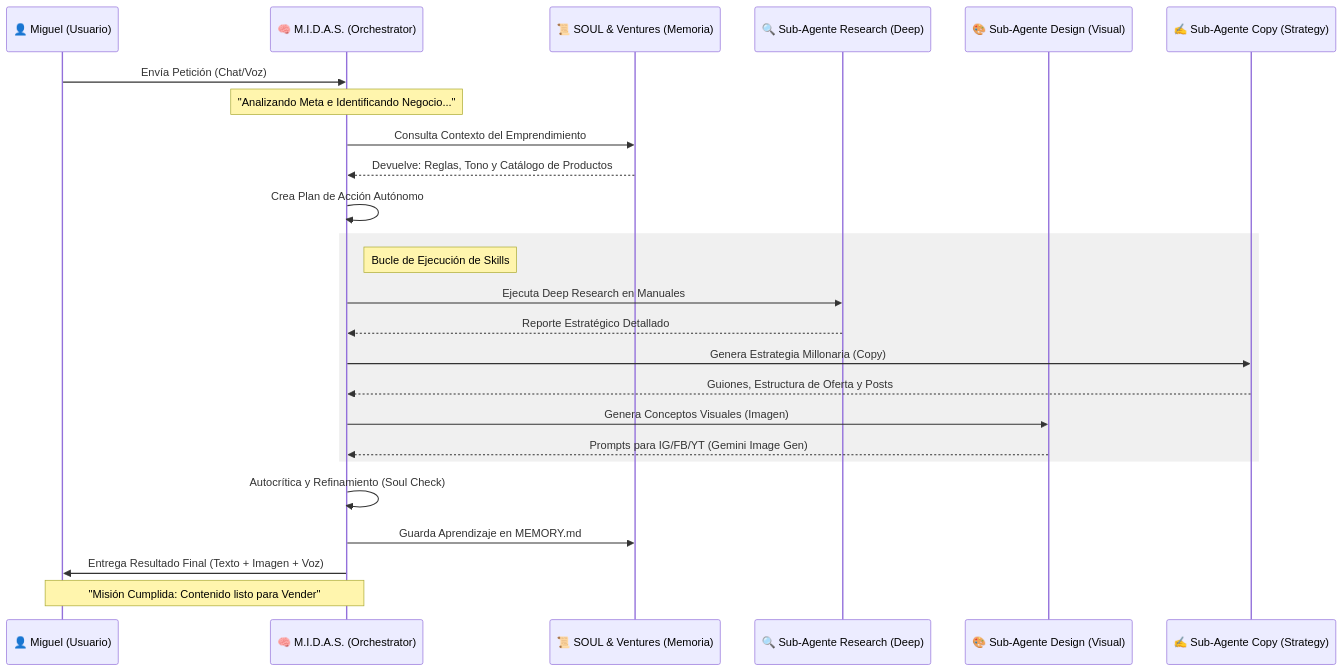
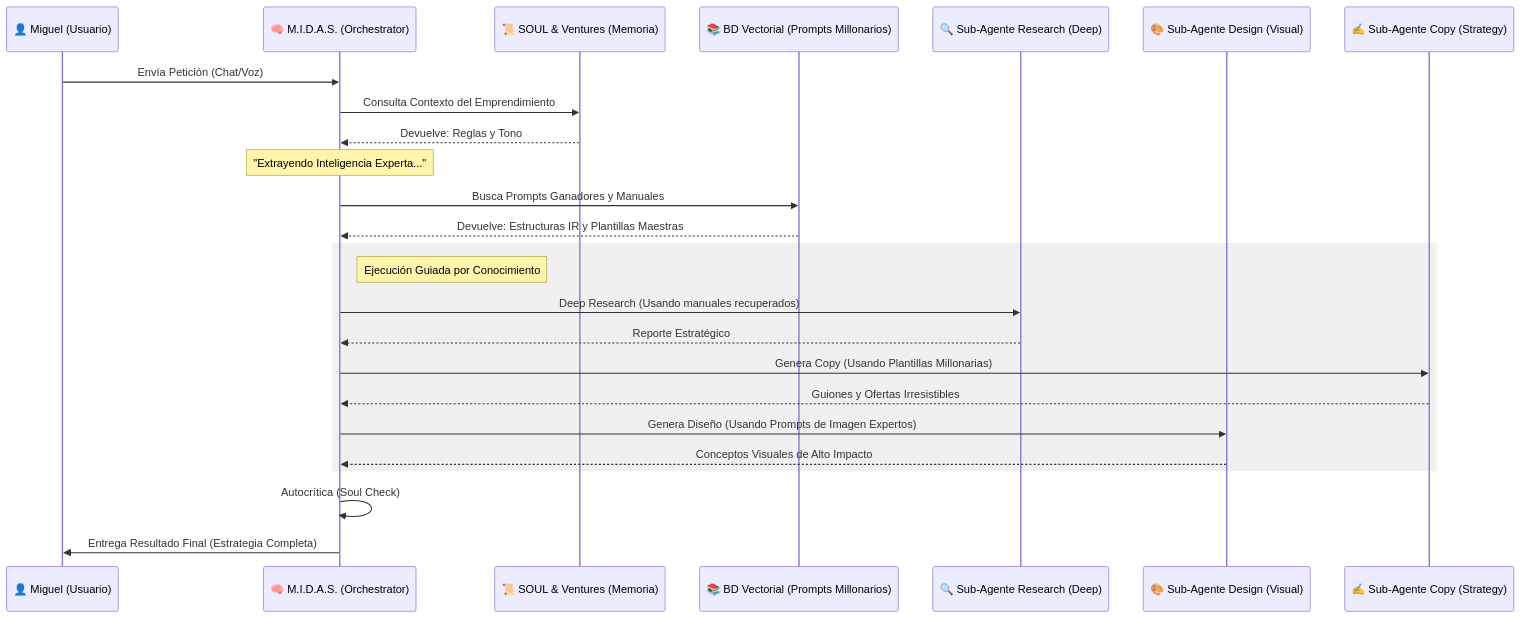
Before and after one commit to Miguelio01/Digital-Product-Factory: the diagram in ARCHITECTURE_DIAGRAM.md, drawn with Mermaid. The commit also changed 3 other files, not shown here.

````diff
--- a/ARCHITECTURE_DIAGRAM.md
+++ b/ARCHITECTURE_DIAGRAM.md
@@ -5,36 +5,33 @@
 ```mermaid
 sequenceDiagram
     participant U as 👤 Miguel (Usuario)
     participant M as 🧠 M.I.D.A.S. (Orchestrator)
     participant S as 📜 SOUL & Ventures (Memoria)
+    participant V as 📚 BD Vectorial (Prompts Millonarios)
     participant R as 🔍 Sub-Agente Research (Deep)
     participant D as 🎨 Sub-Agente Design (Visual)
     participant C as ✍️ Sub-Agente Copy (Strategy)
 
     U->>M: Envía Petición (Chat/Voz)
-    Note over M: "Analizando Meta e Identificando Negocio..."
+    M->>S: Consulta Contexto del Emprendimiento
+    S-->>M: Devuelve: Reglas y Tono
 
-    M->>S: Consulta Contexto del Emprendimiento
-    S-->>M: Devuelve: Reglas, Tono y Catálogo de Productos
-
-    M->>M: Crea Plan de Acción Autónomo
+    Note over M: "Extrayendo Inteligencia Experta..."
+    M->>V: Busca Prompts Ganadores y Manuales
+    V-->>M: Devuelve: Estructuras IR y Plantillas Maestras
 
     rect rgb(240, 240, 240)
-        Note right of M: Bucle de Ejecución de Skills
-        M->>R: Ejecuta Deep Research en Manuales
-        R-->>M: Reporte Estratégico Detallado
+        Note right of M: Ejecución Guiada por Conocimiento
+        M->>R: Deep Research (Usando manuales recuperados)
+        R-->>M: Reporte Estratégico
 
-        M->>C: Genera Estrategia Millonaria (Copy)
-        C-->>M: Guiones, Estructura de Oferta y Posts
+        M->>C: Genera Copy (Usando Plantillas Millonarias)
+        C-->>M: Guiones y Ofertas Irresistibles
 
-        M->>D: Genera Conceptos Visuales (Imagen)
-        D-->>M: Prompts para IG/FB/YT (Gemini Image Gen)
+        M->>D: Genera Diseño (Usando Prompts de Imagen Expertos)
+        D-->>M: Conceptos Visuales de Alto Impacto
     end
 
-    M->>M: Autocrítica y Refinamiento (Soul Check)
-    
-    M->>S: Guarda Aprendizaje en MEMORY.md
-    M->>U: Entrega Resultado Final (Texto + Imagen + Voz)
-
-    Note over U,M: "Misión Cumplida: Contenido listo para Vender"
+    M->>M: Autocrítica (Soul Check)
+    M->>U: Entrega Resultado Final (Estrategia Completa)
 ```
````
